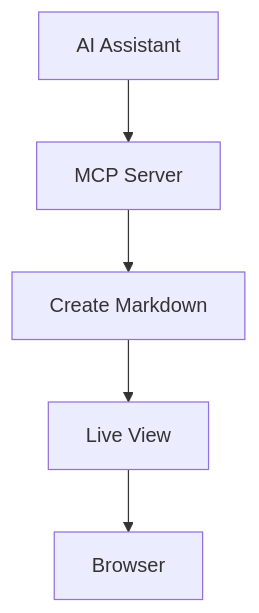
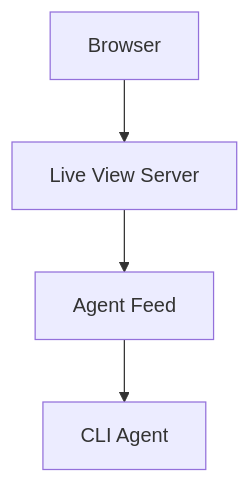
One commit to asynkron/Asynkron.LiveView changed the diagram in markdown/0099ea8c.md. Above: the diagram before and after it, drawn with Mermaid. The commit also changed other lines of this file and 26 other files, not shown here.

Commit message:
Replace MCP chat bridge with WebSocket agent feed

````diff
--- a/markdown/0099ea8c.md
+++ b/markdown/0099ea8c.md
@@ -20,7 +21,6 @@
 ```mermaid
 graph TD
-    A[AI Assistant] --> B[MCP Server]
-    B --> C[Create Markdown]
-    C --> D[Live View]
-    D --> E[Browser]
+    A[Browser] --> B[Live View Server]
+    B --> C[Agent Feed]
+    C --> D[CLI Agent]
 ```
````
